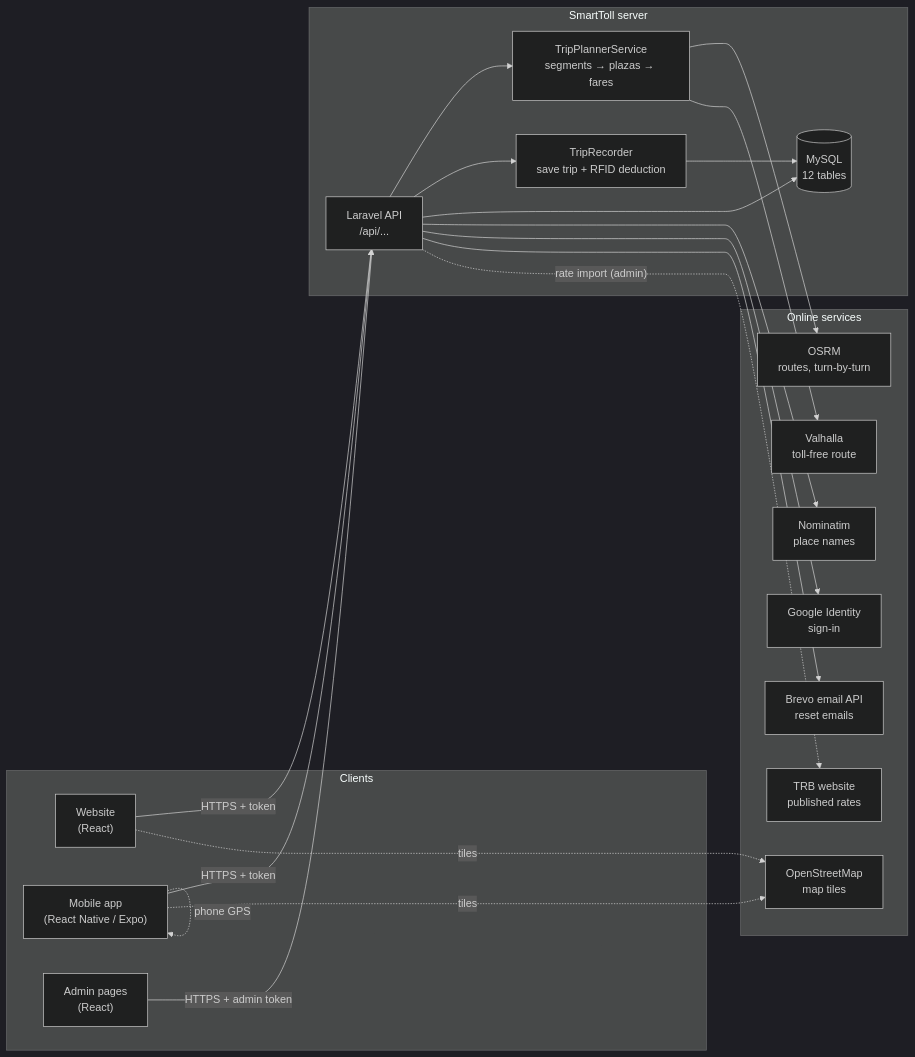
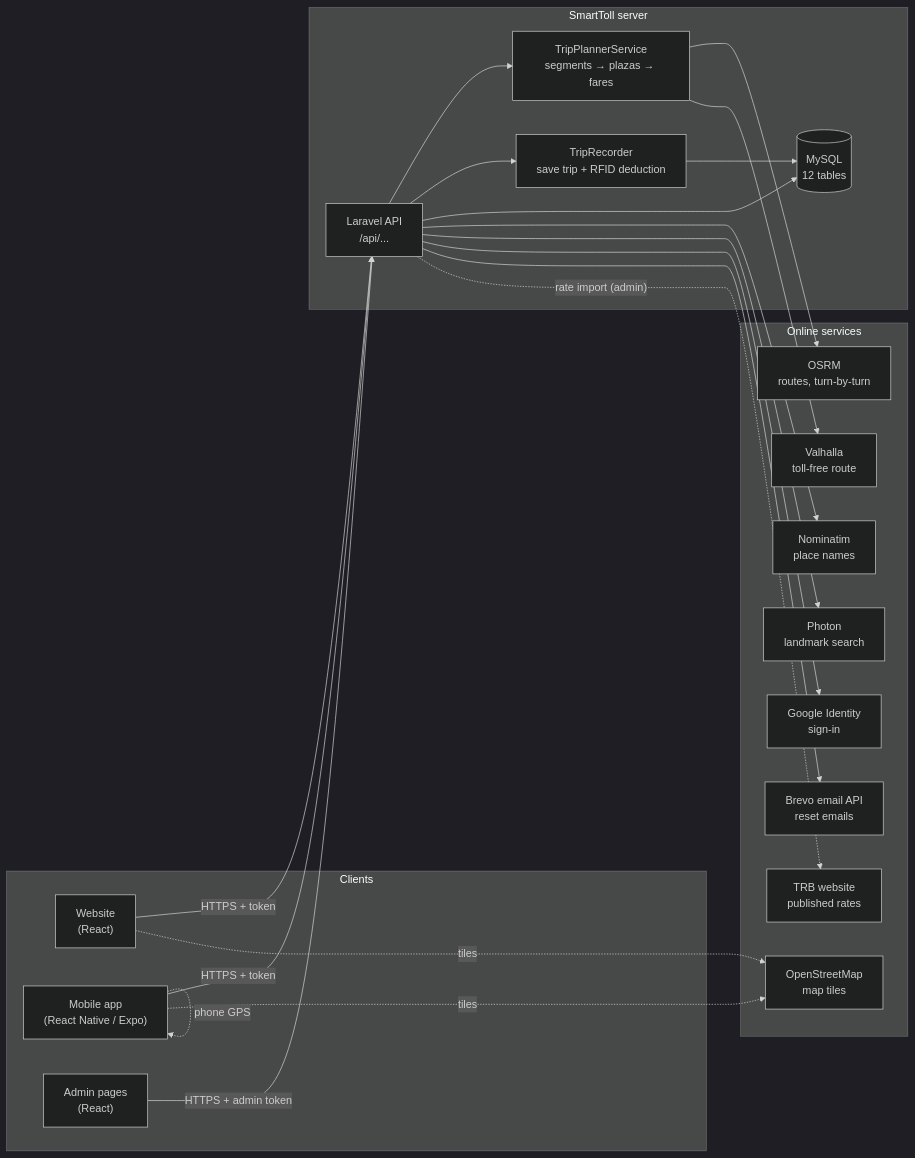
Before and after one commit to JonasBondoc26/Smart-Toll: the first of 5 diagrams in docs/ARCHITECTURE.md, drawn with Mermaid (dark theme). The commit also changed 13 other files, not shown here.

First line of the commit message:
Plan a Trip: search any landmark in Luzon as origin or destination

````diff
--- a/docs/ARCHITECTURE.md
+++ b/docs/ARCHITECTURE.md
@@ -13,37 +13,39 @@
 ```mermaid
 flowchart LR
     subgraph Clients
         W["Website<br/>(React)"]
         M["Mobile app<br/>(React Native / Expo)"]
         A["Admin pages<br/>(React)"]
     end
     subgraph Server["SmartToll server"]
         API["Laravel API<br/>/api/..."]
         TPS["TripPlannerService<br/>segments → plazas → fares"]
         TR["TripRecorder<br/>save trip + RFID deduction"]
         DB[("MySQL<br/>12 tables")]
     end
     subgraph External["Online services"]
         OSRM["OSRM<br/>routes, turn-by-turn"]
         VAL["Valhalla<br/>toll-free route"]
         NOM["Nominatim<br/>place names"]
+        PHO["Photon<br/>landmark search"]
         OSM["OpenStreetMap<br/>map tiles"]
         GOO["Google Identity<br/>sign-in"]
         SMTP["Brevo email API<br/>reset emails"]
         TRB["TRB website<br/>published rates"]
     end
     W -- "HTTPS + token" --> API
     M -- "HTTPS + token" --> API
     A -- "HTTPS + admin token" --> API
     API --> TPS --> OSRM
     TPS --> VAL
     API --> TR --> DB
     API --> DB
     API --> NOM
+    API --> PHO
     API --> GOO
     API --> SMTP
     API -. "rate import (admin)" .-> TRB
     W -. tiles .-> OSM
     M -. tiles .-> OSM
     M -. "phone GPS" .-> M
 ```
````
